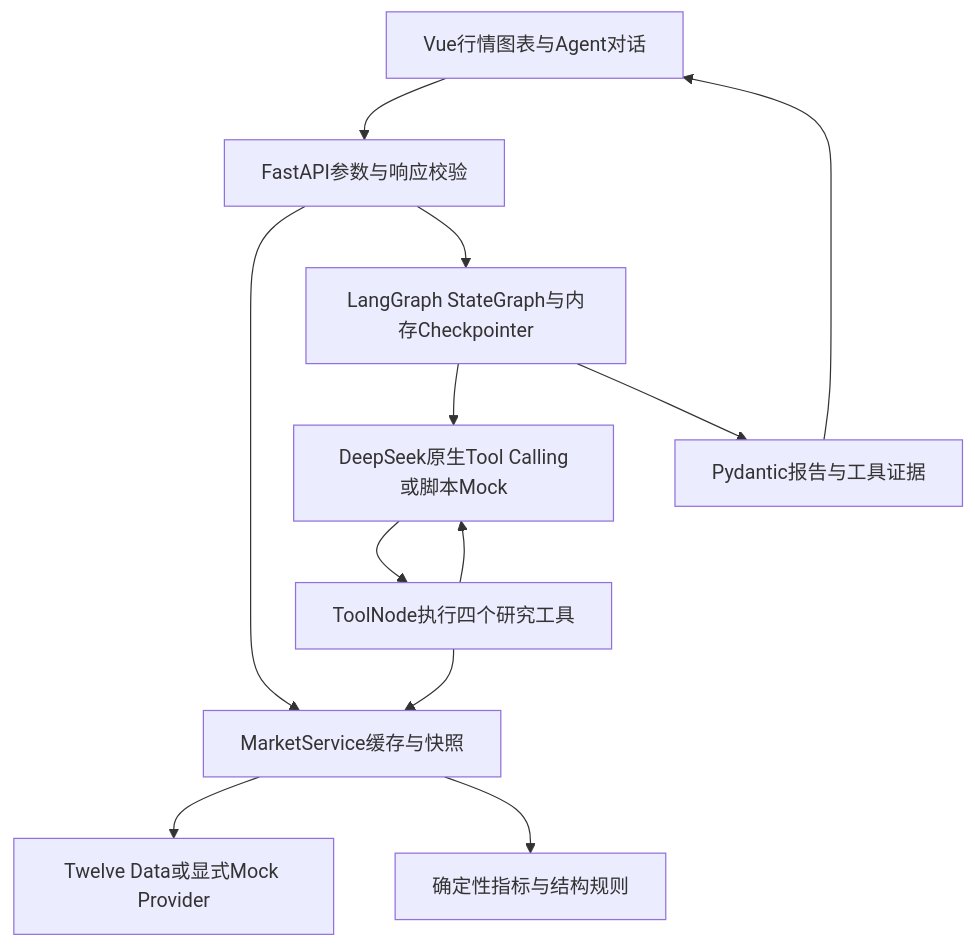
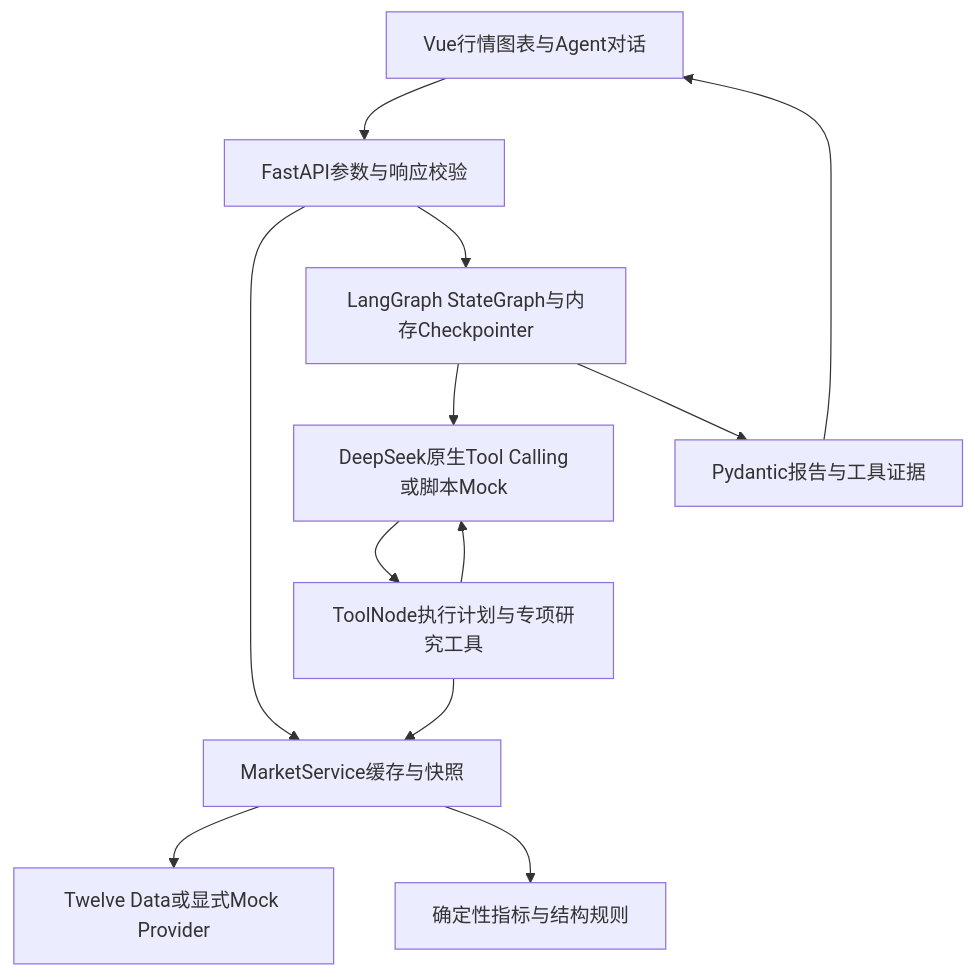
Before and after one commit to PinkbeanY1z/trading-analysis: the diagram in README.md, drawn with Mermaid. The commit also changed other lines of this file and 14 other files, not shown here.

````diff
--- a/README.md
+++ b/README.md
@@ -89,14 +89,14 @@
 ```mermaid
 flowchart TD
   页面[Vue行情图表与Agent对话] --> API[FastAPI参数与响应校验]
   API --> 数据[MarketService缓存与快照]
   数据 --> Provider[Twelve Data或显式Mock Provider]
   数据 --> 计算[确定性指标与结构规则]
   API --> 图[LangGraph StateGraph与内存Checkpointer]
   图 --> 模型[DeepSeek原生Tool Calling或脚本Mock]
-  模型 --> 工具[ToolNode执行四个研究工具]
+  模型 --> 工具[ToolNode执行计划与专项研究工具]
   工具 --> 数据
   工具 --> 模型
   图 --> 报告[Pydantic报告与工具证据]
   报告 --> 页面
 ```
````
